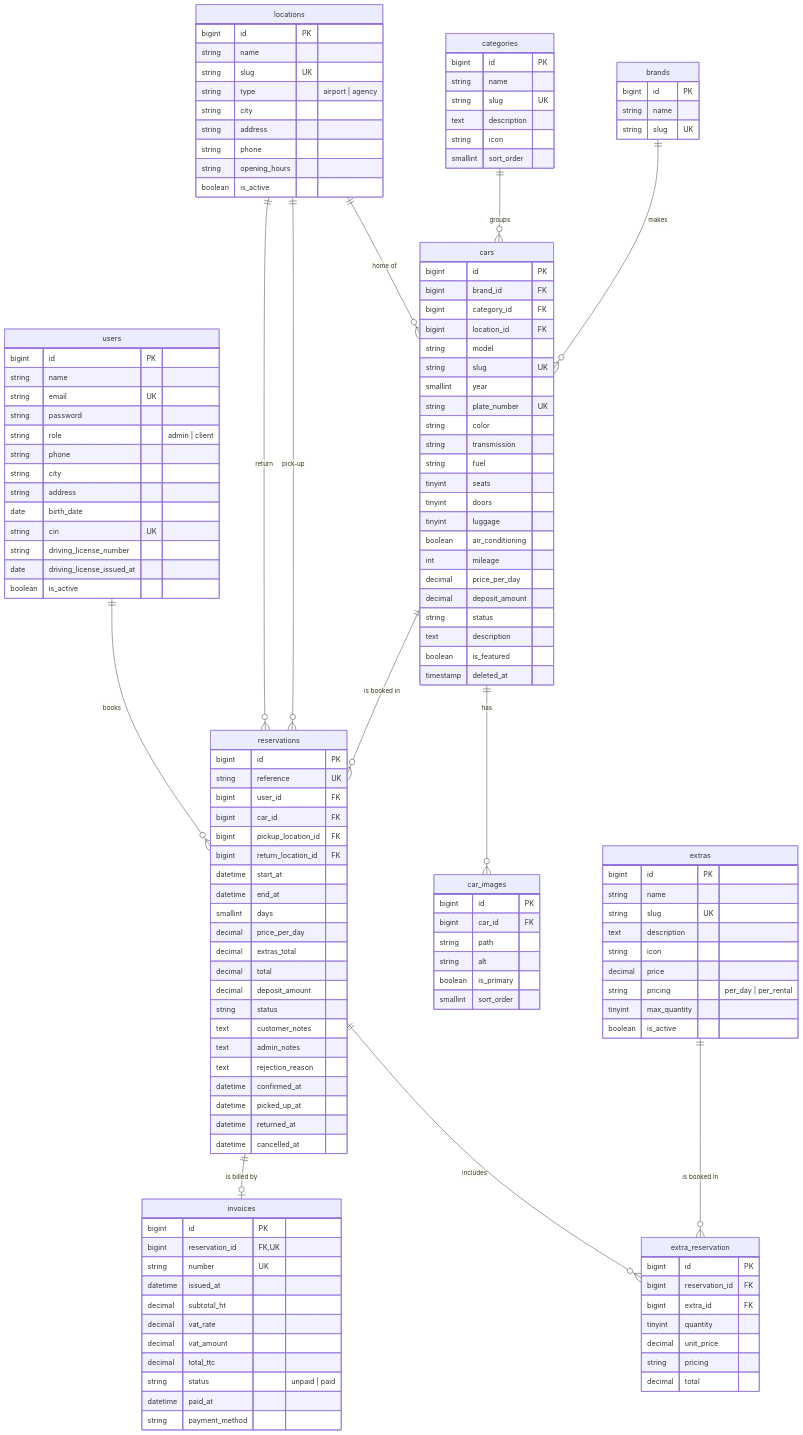
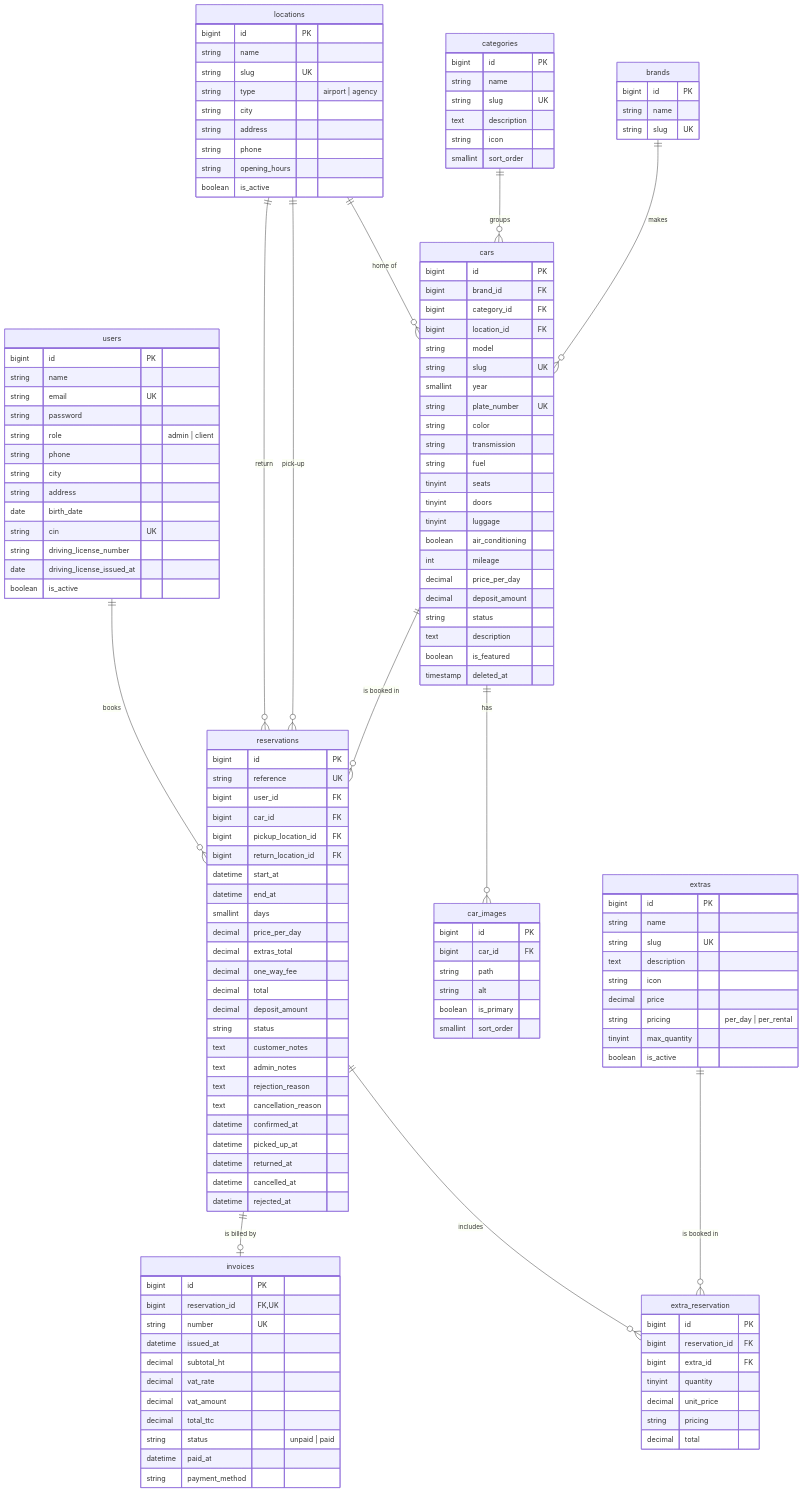
One commit to ElFarisssaid19/Tomobilti changed the first of 2 diagrams in docs/database.md. Above: the diagram before and after it, drawn with Mermaid. The commit also changed other lines of this file and 91 other files, not shown here.

Commit message:
feat(booking): reservation flow, pricing, eligibility, my reservations, new hero photo

```diff
--- a/docs/database.md
+++ b/docs/database.md
@@ -118,16 +118,19 @@
         smallint days
         decimal price_per_day
         decimal extras_total
+        decimal one_way_fee
         decimal total
         decimal deposit_amount
         string status
         text customer_notes
         text admin_notes
         text rejection_reason
+        text cancellation_reason
         datetime confirmed_at
         datetime picked_up_at
         datetime returned_at
         datetime cancelled_at
+        datetime rejected_at
     }
     extra_reservation {
         bigint id PK
```
